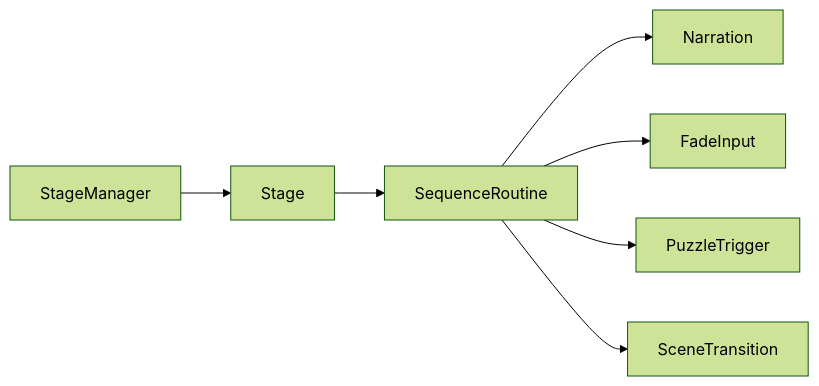
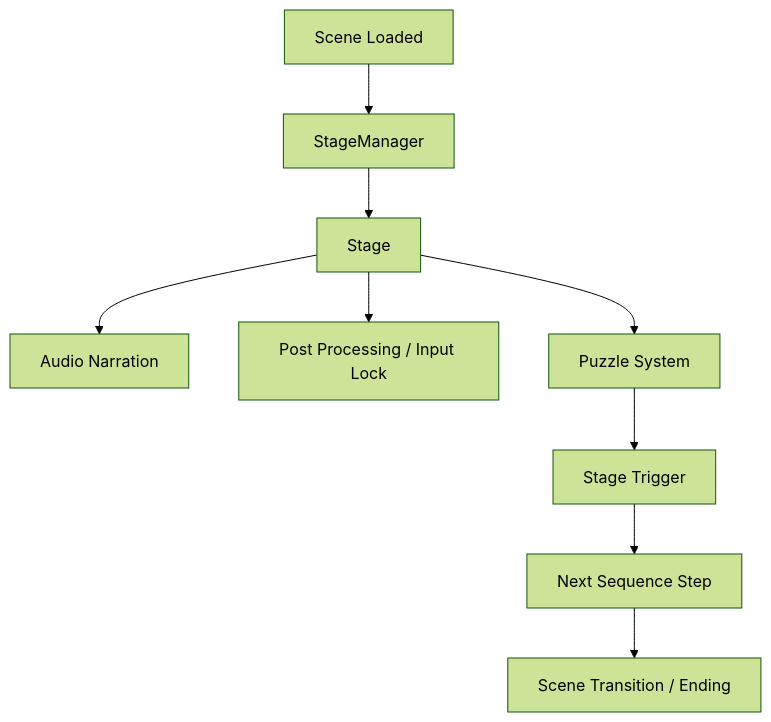
One commit to SJ97p/DualMind-CodeMap changed the diagram in docs/architecture.md. Above: the diagram before and after it, drawn with Mermaid (forest theme). The commit also changed other lines of this file and 8 other files, not shown here.

````diff
--- a/docs/architecture.md
+++ b/docs/architecture.md
@@ -17,9 +9,11 @@
 ```mermaid
-flowchart LR
+flowchart TD
+    SceneLoad[Scene Loaded] --> StageManager
     StageManager --> Stage
-    Stage --> SequenceRoutine
-    SequenceRoutine --> Narration
-    SequenceRoutine --> FadeInput
-    SequenceRoutine --> PuzzleTrigger
-    SequenceRoutine --> SceneTransition
+    Stage --> Narration[Audio Narration]
+    Stage --> Fade[Post Processing / Input Lock]
+    Stage --> Puzzle[Puzzle System]
+    Puzzle --> Trigger[Stage Trigger]
+    Trigger --> NextStep[Next Sequence Step]
+    NextStep --> SceneTransition[Scene Transition / Ending]
 ```
````
